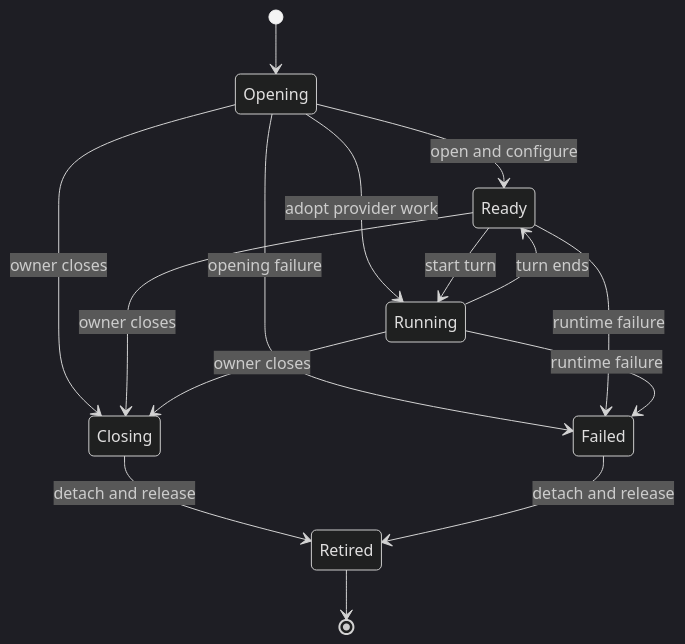
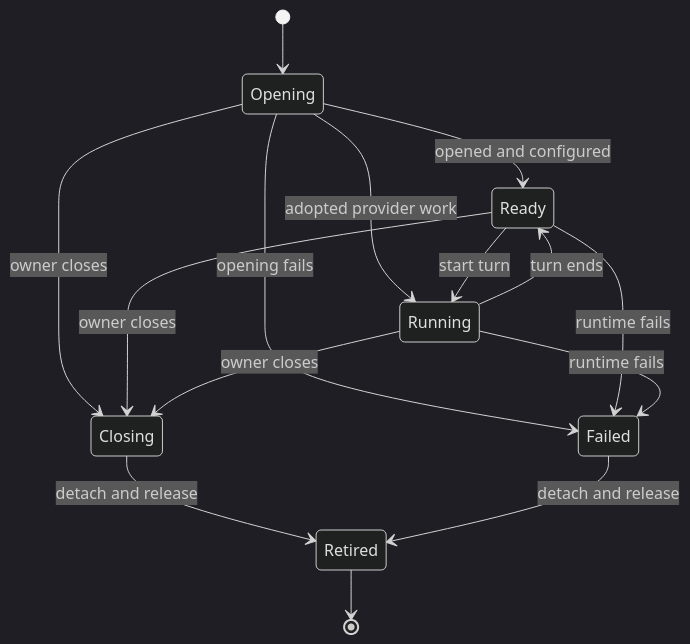
The second of 2 diagrams in docs/specs/conversation-layer.md (Kapps/weavie), drawn with Mermaid (dark theme) before and after one commit. The commit also changed other lines of this file and 163 other files, not shown here.

````diff
--- a/docs/specs/conversation-layer.md
+++ b/docs/specs/conversation-layer.md
@@ -143,17 +97,17 @@
 ```mermaid
 stateDiagram-v2
     [*] --> Opening
-    Opening --> Ready: open and configure
-    Opening --> Running: adopt provider work
+    Opening --> Ready: opened and configured
+    Opening --> Running: adopted provider work
     Ready --> Running: start turn
     Running --> Ready: turn ends
     Opening --> Closing: owner closes
     Ready --> Closing: owner closes
     Running --> Closing: owner closes
-    Opening --> Failed: opening failure
-    Ready --> Failed: runtime failure
-    Running --> Failed: runtime failure
+    Opening --> Failed: opening fails
+    Ready --> Failed: runtime fails
+    Running --> Failed: runtime fails
     Closing --> Retired: detach and release
     Failed --> Retired: detach and release
     Retired --> [*]
 ```
````
